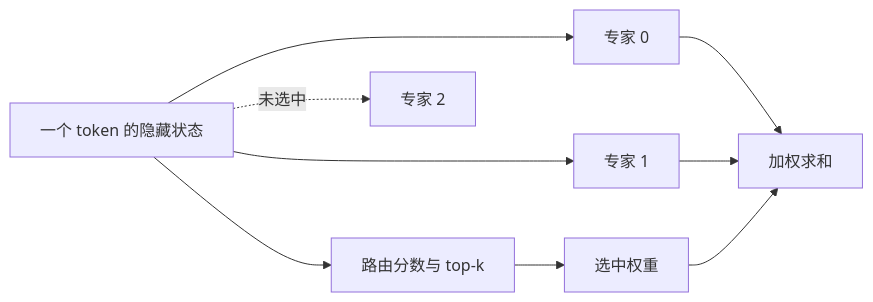
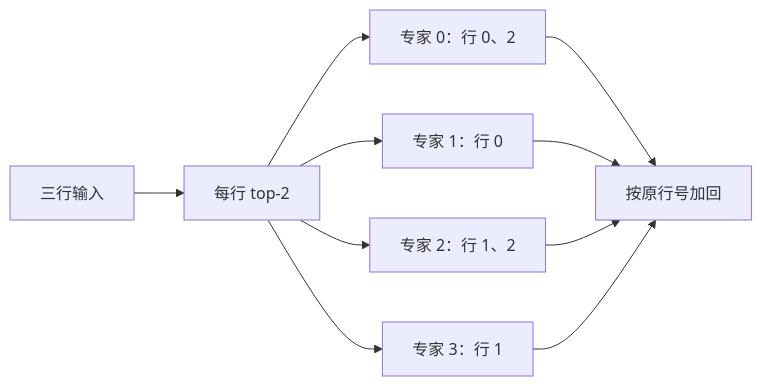
Before and after one commit to cyberspacelee/llms-from-scratch: the diagram in site/src/content/lessons/advanced/moe.mdx, drawn with Mermaid. The commit also changed other lines of this file and 140 other files, not shown here.

````diff
--- a/site/src/content/lessons/advanced/moe.mdx
+++ b/site/src/content/lessons/advanced/moe.mdx
@@ -36,11 +55,12 @@
 ```mermaid
 flowchart LR
-  X[一个 token 的隐藏状态] --> R[路由分数与 top-k]
-  X --> E0[专家 0]
-  X --> E1[专家 1]
-  X -. 未选中 .-> E2[专家 2]
-  R --> G[选中权重]
-  E0 --> Y[加权求和]
-  E1 --> Y
-  G --> Y
+  X[三行输入] --> R[每行 top-2]
+  R --> E0[专家 0：行 0、2]
+  R --> E1[专家 1：行 0]
+  R --> E2[专家 2：行 1、2]
+  R --> E3[专家 3：行 1]
+  E0 --> S[按原行号加回]
+  E1 --> S
+  E2 --> S
+  E3 --> S
 ```
````
